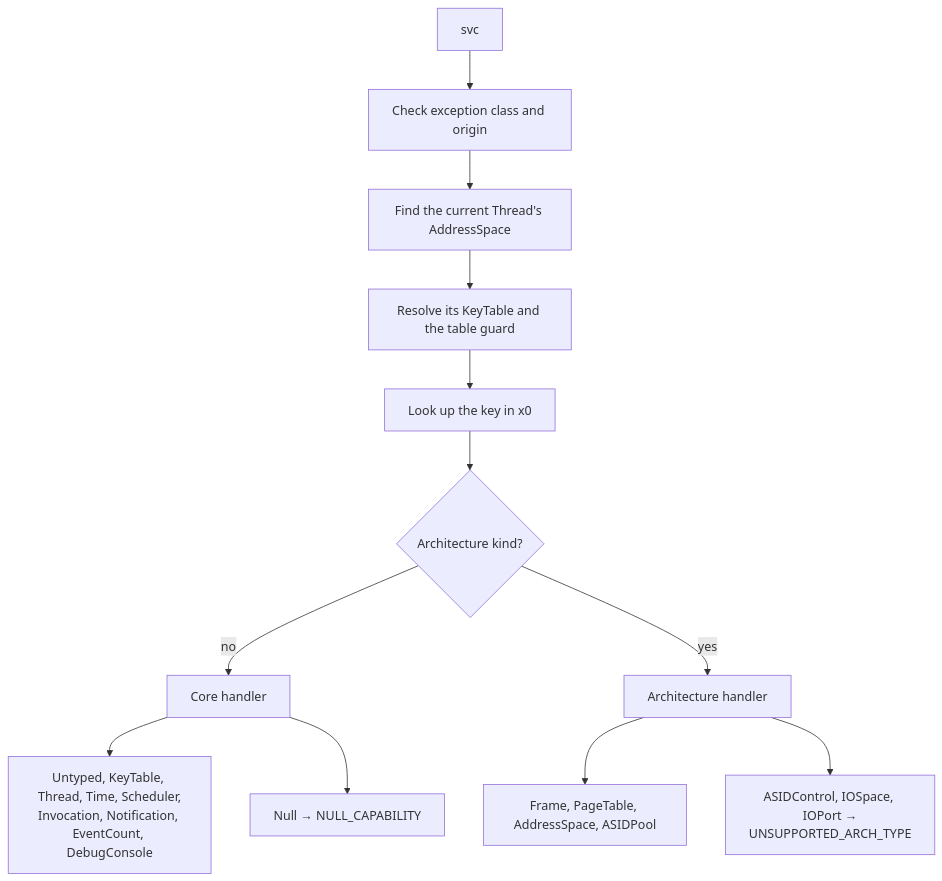
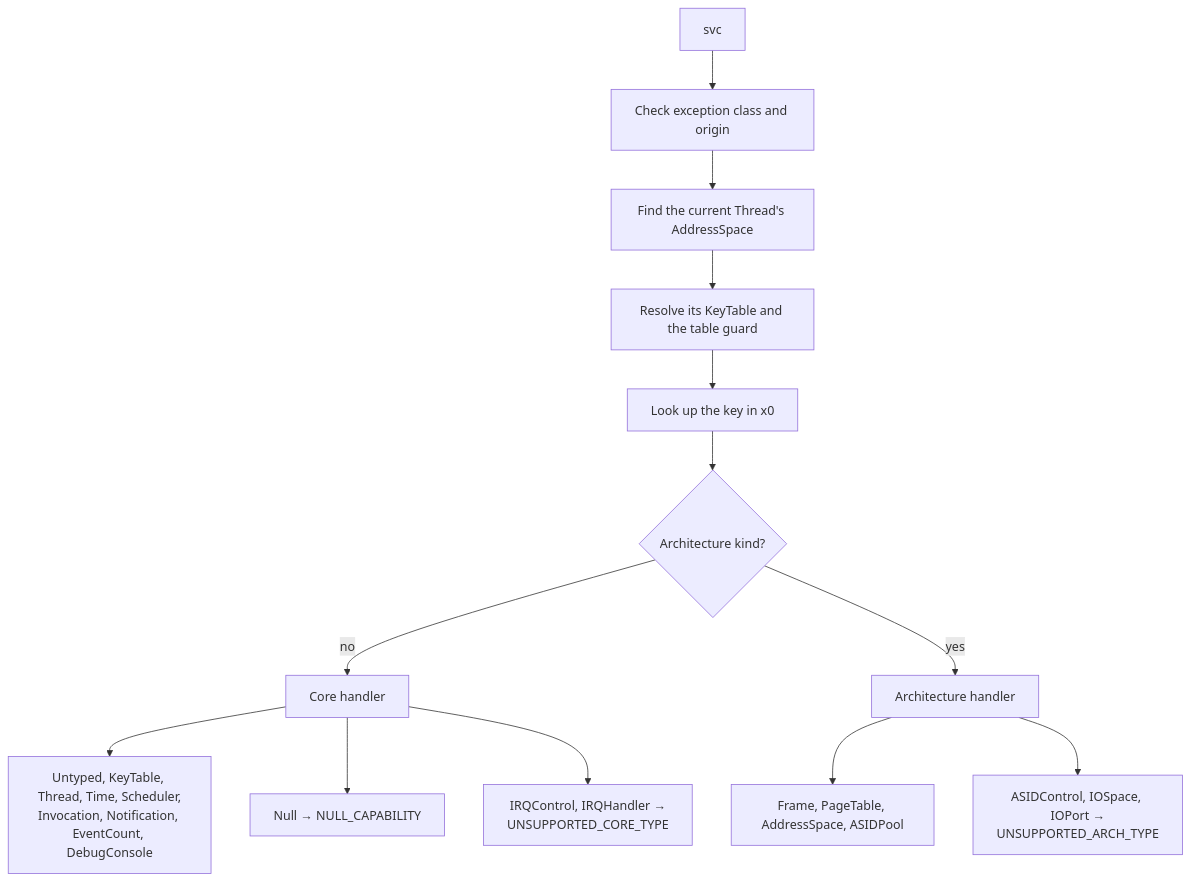
Before and after one commit to metta-systems/vesper: the second of 2 diagrams in doc/object_types/README.md, drawn with Mermaid. The commit also changed other lines of this file and 24 other files, not shown here.

````diff
--- a/doc/object_types/README.md
+++ b/doc/object_types/README.md
@@ -218,14 +225,15 @@
 ```mermaid
 flowchart TD
     A["svc"] --> B["Check exception class and origin"]
     B --> AS["Find the current Thread's AddressSpace"]
     AS --> KT["Resolve its KeyTable and the table guard"]
     KT --> C["Look up the key in x0"]
     C --> D{"Architecture kind?"}
     D -- "no" --> E["Core handler"]
     D -- "yes" --> F["Architecture handler"]
     E --> G["Untyped, KeyTable, Thread, Time, Scheduler,<br/>Invocation, Notification, EventCount, DebugConsole"]
     E --> I["Null → NULL_CAPABILITY"]
+    E --> J["IRQControl, IRQHandler →<br/>UNSUPPORTED_CORE_TYPE"]
     F --> L["Frame, PageTable, AddressSpace, ASIDPool"]
     F --> M["ASIDControl, IOSpace, IOPort →<br/>UNSUPPORTED_ARCH_TYPE"]
 ```
````
